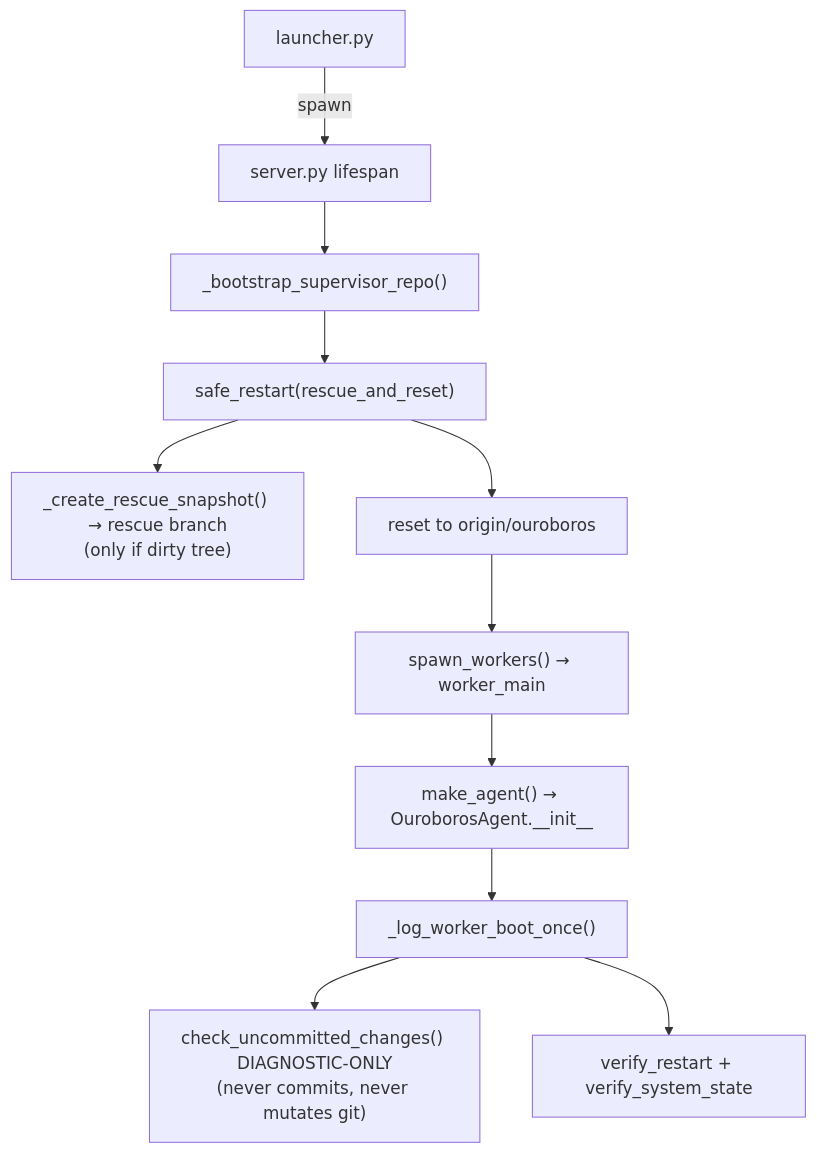
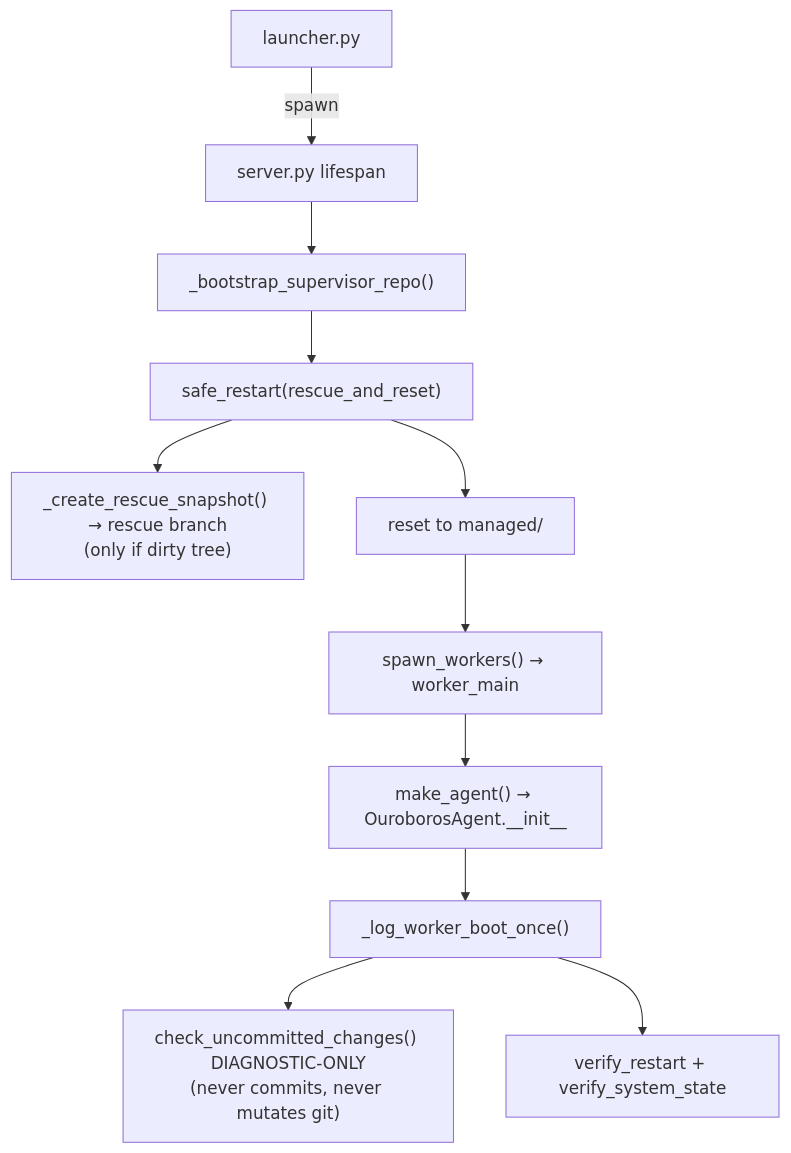
The diagram in docs/ARCHITECTURE.md (juberuu/ouroboros), drawn with Mermaid before and after one commit. The commit also changed other lines of this file and 56 other files, not shown here.

````diff
--- a/docs/ARCHITECTURE.md
+++ b/docs/ARCHITECTURE.md
@@ -262,13 +265,13 @@
 ```mermaid
 flowchart TD
     L[launcher.py] -->|spawn| S[server.py lifespan]
     S --> B["_bootstrap_supervisor_repo()"]
     B --> SR["safe_restart(rescue_and_reset)"]
     SR --> RS["_create_rescue_snapshot() → rescue branch<br/>(only if dirty tree)"]
-    SR --> RB[reset to origin/ouroboros]
+    SR --> RB[reset to managed/<branch>]
     RB --> SW["spawn_workers() → worker_main"]
     SW --> MA["make_agent() → OuroborosAgent.__init__"]
     MA --> LB["_log_worker_boot_once()"]
     LB --> CU["check_uncommitted_changes() DIAGNOSTIC-ONLY<br/>(never commits, never mutates git)"]
     LB --> VR["verify_restart + verify_system_state"]
 ```
````
